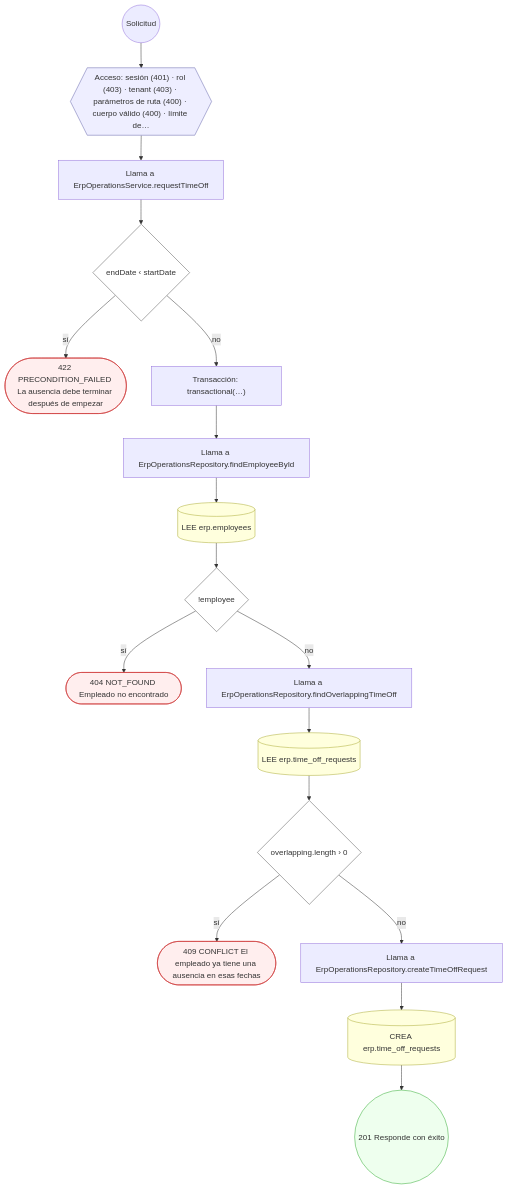
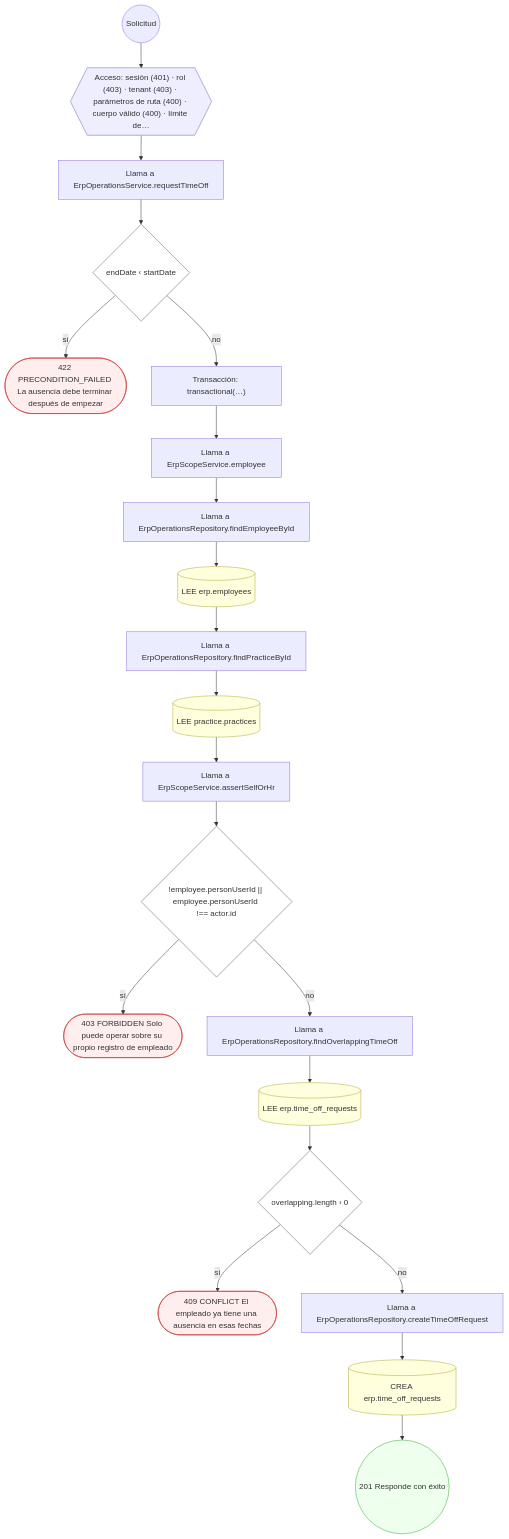
Diagram 11 of 16 in docs/inventario/flujos/erp.md (mdavila-2001/mantra-core-health-api), drawn with Mermaid before and after one commit. The commit also changed other lines of this file and 438 other files, not shown here.

````diff
--- a/docs/inventario/flujos/erp.md
+++ b/docs/inventario/flujos/erp.md
@@ -721,42 +743,50 @@
 ```mermaid
 flowchart TD
   n1(("Solicitud")):::inicio
   n2{{"Acceso: sesión (401) · rol (403) · tenant (403) · parámetros de ruta (400) · cuerpo válido (400) · límite de…"}}:::acceso
   n1 --> n2
   n3["Llama a ErpOperationsService.requestTimeOff"]:::llamada
   n2 --> n3
   n4{"endDate ‹ startDate"}:::decision
   n3 --> n4
   n5(["422 PRECONDITION_FAILED La ausencia debe terminar después de empezar"]):::error
   n4 -->|"sí"| n5
   n6["Transacción: transactional(…)"]:::transaccion
   n4 -->|"no"| n6
-  n7["Llama a ErpOperationsRepository.findEmployeeById"]:::llamada
+  n7["Llama a ErpScopeService.employee"]:::llamada
   n6 --> n7
-  n8[("LEE erp.employees")]:::efecto
+  n8["Llama a ErpOperationsRepository.findEmployeeById"]:::llamada
   n7 --> n8
-  n9{"!employee"}:::decision
+  n9[("LEE erp.employees")]:::efecto
   n8 --> n9
-  n10(["404 NOT_FOUND Empleado no encontrado"]):::error
-  n9 -->|"sí"| n10
-  n11["Llama a ErpOperationsRepository.findOverlappingTimeOff"]:::llamada
-  n9 -->|"no"| n11
-  n12[("LEE erp.time_off_requests")]:::efecto
+  n10["Llama a ErpOperationsRepository.findPracticeById"]:::llamada
+  n9 --> n10
+  n11[("LEE practice.practices")]:::efecto
+  n10 --> n11
+  n12["Llama a ErpScopeService.assertSelfOrHr"]:::llamada
   n11 --> n12
-  n13{"overlapping.length › 0"}:::decision
+  n13{"!employee.personUserId || employee.personUserId !== actor.id"}:::decision
   n12 --> n13
-  n14(["409 CONFLICT El empleado ya tiene una ausencia en esas fechas"]):::error
+  n14(["403 FORBIDDEN Solo puede operar sobre su propio registro de empleado"]):::error
   n13 -->|"sí"| n14
-  n15["Llama a ErpOperationsRepository.createTimeOffRequest"]:::llamada
+  n15["Llama a ErpOperationsRepository.findOverlappingTimeOff"]:::llamada
   n13 -->|"no"| n15
-  n16[("CREA erp.time_off_requests")]:::efecto
+  n16[("LEE erp.time_off_requests")]:::efecto
   n15 --> n16
-  n17(("201 Responde con éxito")):::ok
+  n17{"overlapping.length › 0"}:::decision
   n16 --> n17
+  n18(["409 CONFLICT El empleado ya tiene una ausencia en esas fechas"]):::error
+  n17 -->|"sí"| n18
+  n19["Llama a ErpOperationsRepository.createTimeOffRequest"]:::llamada
+  n17 -->|"no"| n19
+  n20[("CREA erp.time_off_requests")]:::efecto
+  n19 --> n20
+  n21(("201 Responde con éxito")):::ok
+  n20 --> n21
   classDef acceso fill:#eef,stroke:#66a
   classDef error fill:#fee,stroke:#c33
   classDef ok fill:#efe,stroke:#3a3
   classDef efecto fill:#ffd,stroke:#aa3
   classDef decision fill:#fff,stroke:#555
   classDef corte fill:#eee,stroke:#999,stroke-dasharray: 4
 ```
````
